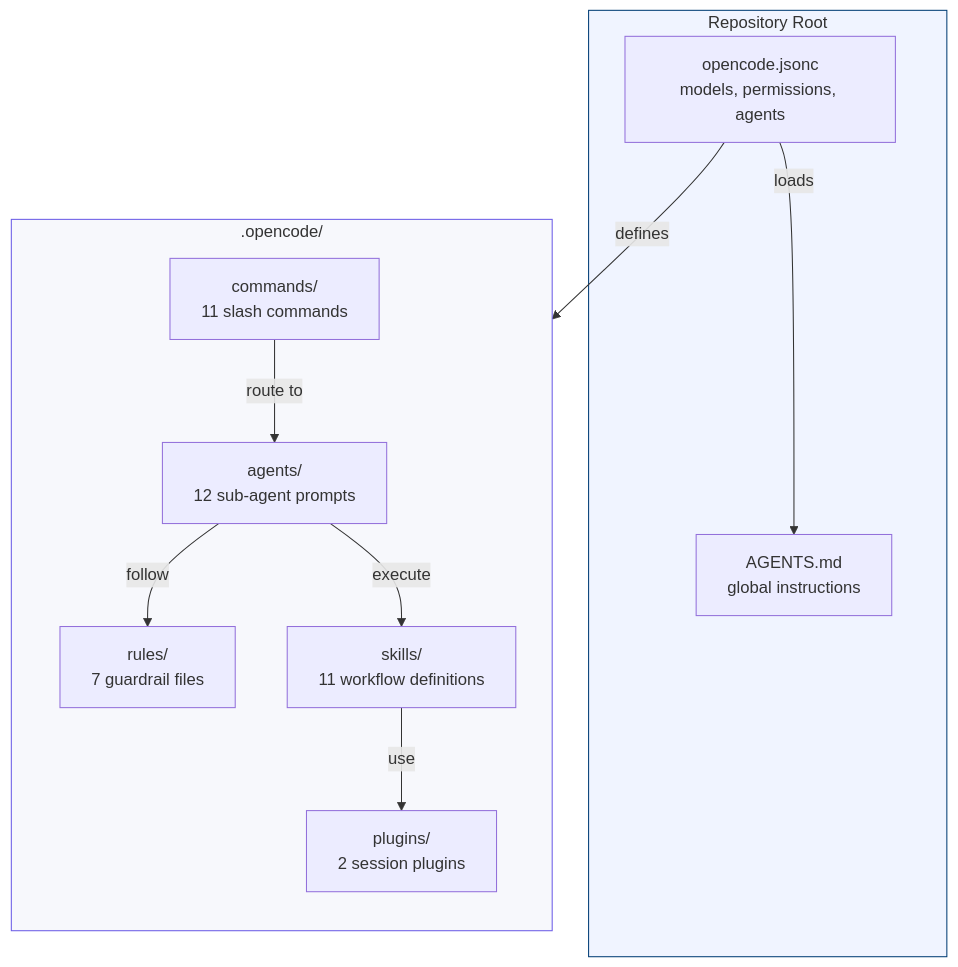
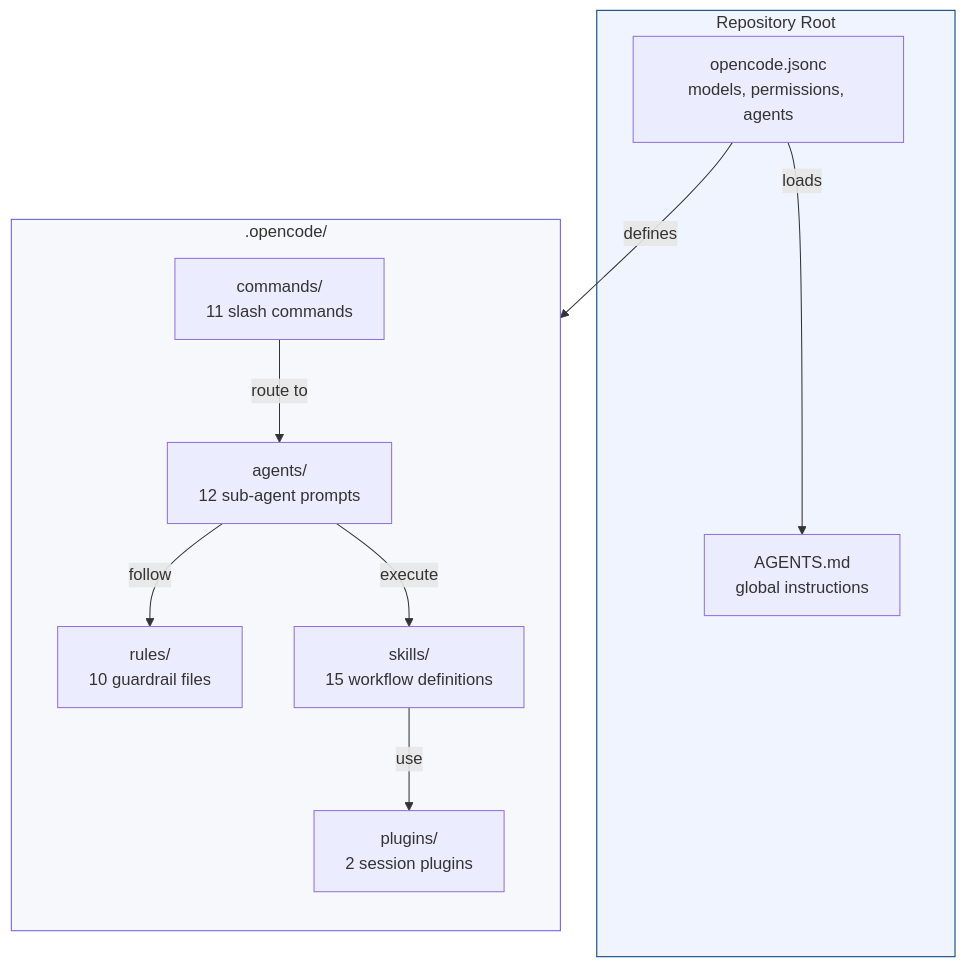
The first of 7 diagrams in docs/operations/opencode-configuration.md (mock-server/mockserver), drawn with Mermaid before and after one commit. The commit also changed other lines of this file and 31 other files, not shown here.

````diff
--- a/docs/operations/opencode-configuration.md
+++ b/docs/operations/opencode-configuration.md
@@ -11,33 +11,33 @@
 ```mermaid
 flowchart TB
     subgraph Root["Repository Root"]
         CONFIG["opencode.jsonc
 models, permissions, agents"]
         AGENTS_MD["AGENTS.md
 global instructions"]
     end
 
     subgraph Harness[".opencode/"]
         direction TB
         AG["agents/
 12 sub-agent prompts"]
         RU["rules/
-7 guardrail files"]
+10 guardrail files"]
         SK["skills/
-11 workflow definitions"]
+15 workflow definitions"]
         CM["commands/
 11 slash commands"]
         PL["plugins/
 2 session plugins"]
     end
 
     CONFIG -->|"loads"| AGENTS_MD
     CONFIG -->|"defines"| AG
     AG -->|"follow"| RU
     AG -->|"execute"| SK
     CM -->|"route to"| AG
     SK -->|"use"| PL
 
     style Root fill:#f0f4ff,stroke:#003d75
     style Harness fill:#f7f8fc,stroke:#6b5ce7
 ```
````
